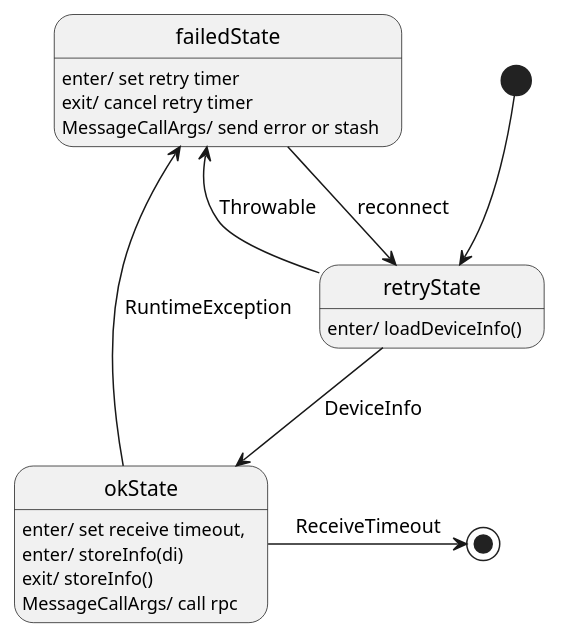
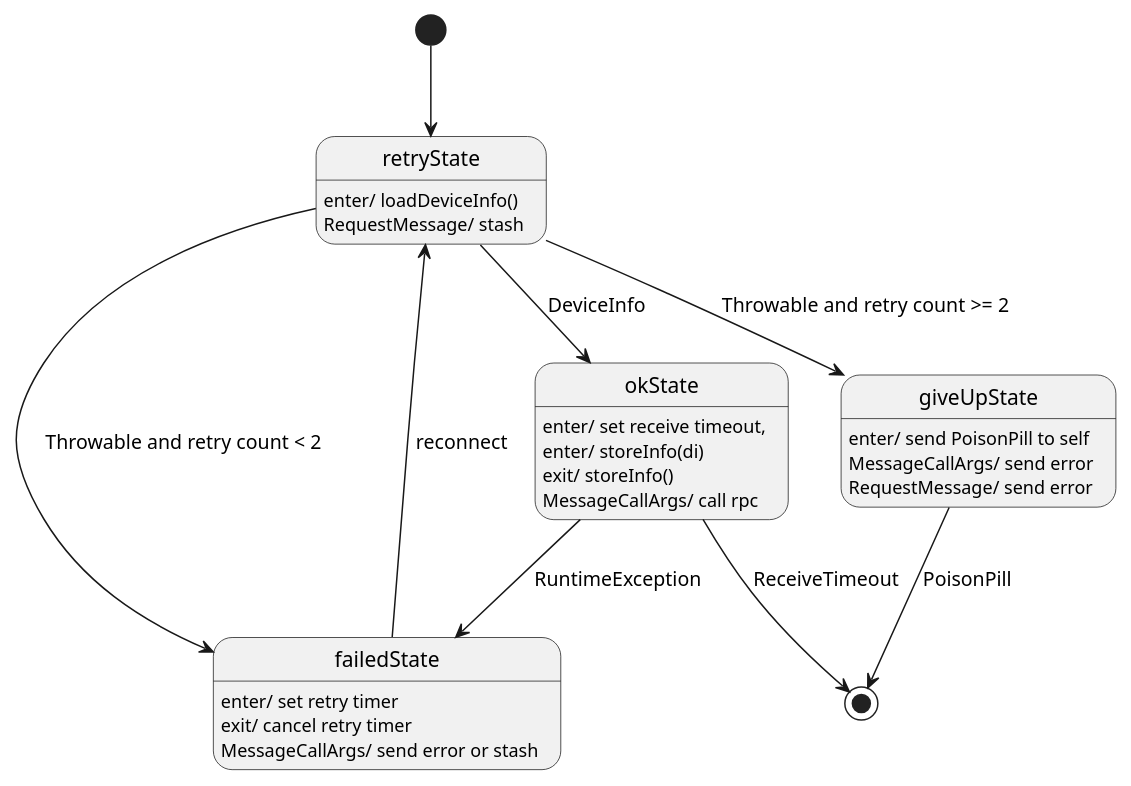
The diagram in design/actor-version.puml (csgura/rest-actor-pattern), drawn with PlantUML before and after one commit.

Commit message:
degisn 문서 수정

```diff
--- a/design/actor-version.puml
+++ b/design/actor-version.puml
@@ -1,23 +1,30 @@
 @startuml childActor
 [*] --> retryState
 retryState : enter/ loadDeviceInfo()
 
-retryState -down-> failedState : Throwable
-retryState -down-> okState : DeviceInfo
+retryState --> failedState : Throwable and retry count < 2
+retryState --> giveUpState : Throwable and retry count >= 2
+retryState --> okState : DeviceInfo
+retryState: RequestMessage/ stash
 
 okState : enter/ set receive timeout,
 okState: enter/ storeInfo(di)
 okState : exit/ storeInfo()
 okState : MessageCallArgs/ call rpc
-okState  -down-> failedState : RuntimeException
-okState -> [*] : ReceiveTimeout
+okState  --> failedState : RuntimeException
+okState --> [*] : ReceiveTimeout
 
 
 failedState: enter/ set retry timer
 failedState: exit/ cancel retry timer
-failedState -> retryState : reconnect
+failedState --> retryState : reconnect
 failedState: MessageCallArgs/ send error or stash
 
 
+giveUpState: enter/ send PoisonPill to self
+giveUpState: MessageCallArgs/ send error
+giveUpState: RequestMessage/ send error
+giveUpState --> [*] : PoisonPill
+
 
 @enduml
```
